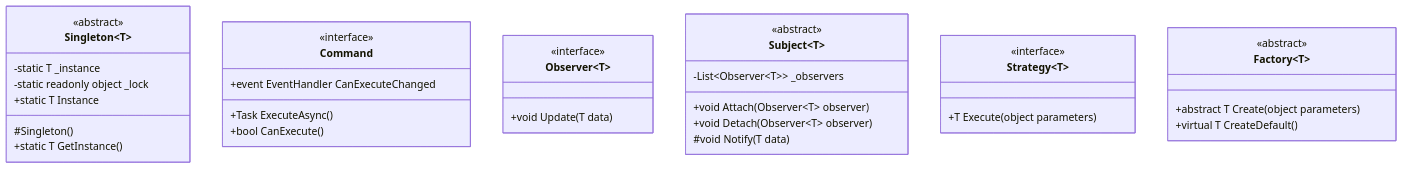
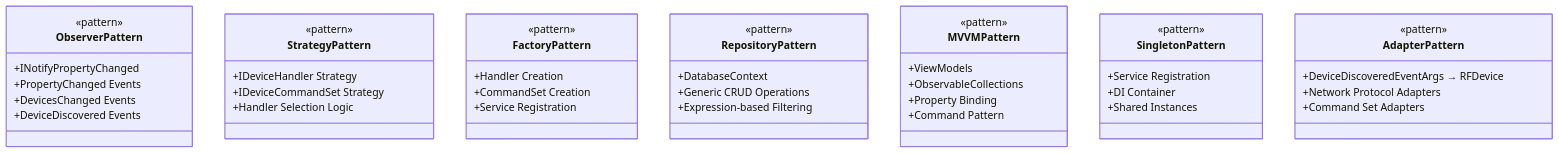
Before and after one commit to Beatwen/RF_Go: diagram 12 of 13 in docusaurus/docs/uml-analysis/class-diagrams.md, drawn with Mermaid. The commit also changed other lines of this file and 123 other files, not shown here.

````diff
--- a/docusaurus/docs/uml-analysis/class-diagrams.md
+++ b/docusaurus/docs/uml-analysis/class-diagrams.md
@@ -563,42 +1069,53 @@
 ```mermaid
 classDiagram
-    class Singleton~T~ {
-        <<abstract>>
-        -static T _instance
-        -static readonly object _lock
-        +static T Instance
-        #Singleton()
-        +static T GetInstance()
+    class ObserverPattern {
+        <<pattern>>
+        +INotifyPropertyChanged
+        +PropertyChanged Events
+        +DevicesChanged Events
+        +DeviceDiscovered Events
     }
     
-    class Command {
-        <<interface>>
-        +Task ExecuteAsync()
-        +bool CanExecute()
-        +event EventHandler CanExecuteChanged
+    class StrategyPattern {
+        <<pattern>>
+        +IDeviceHandler Strategy
+        +IDeviceCommandSet Strategy
+        +Handler Selection Logic
     }
     
-    class Observer~T~ {
-        <<interface>>
-        +void Update(T data)
+    class FactoryPattern {
+        <<pattern>>
+        +Handler Creation
+        +CommandSet Creation
+        +Service Registration
     }
     
-    class Subject~T~ {
-        <<abstract>>
-        -List~Observer~T~~ _observers
-        +void Attach(Observer~T~ observer)
-        +void Detach(Observer~T~ observer)
-        #void Notify(T data)
+    class RepositoryPattern {
+        <<pattern>>
+        +DatabaseContext
+        +Generic CRUD Operations
+        +Expression-based Filtering
     }
     
-    class Strategy~T~ {
-        <<interface>>
-        +T Execute(object parameters)
+    class MVVMPattern {
+        <<pattern>>
+        +ViewModels
+        +ObservableCollections
+        +Property Binding
+        +Command Pattern
     }
     
-    class Factory~T~ {
-        <<abstract>>
-        +abstract T Create(object parameters)
-        +virtual T CreateDefault()
+    class SingletonPattern {
+        <<pattern>>
+        +Service Registration
+        +DI Container
+        +Shared Instances
+    }
+    
+    class AdapterPattern {
+        <<pattern>>
+        +DeviceDiscoveredEventArgs → RFDevice
+        +Network Protocol Adapters
+        +Command Set Adapters
     }
 ```
````
